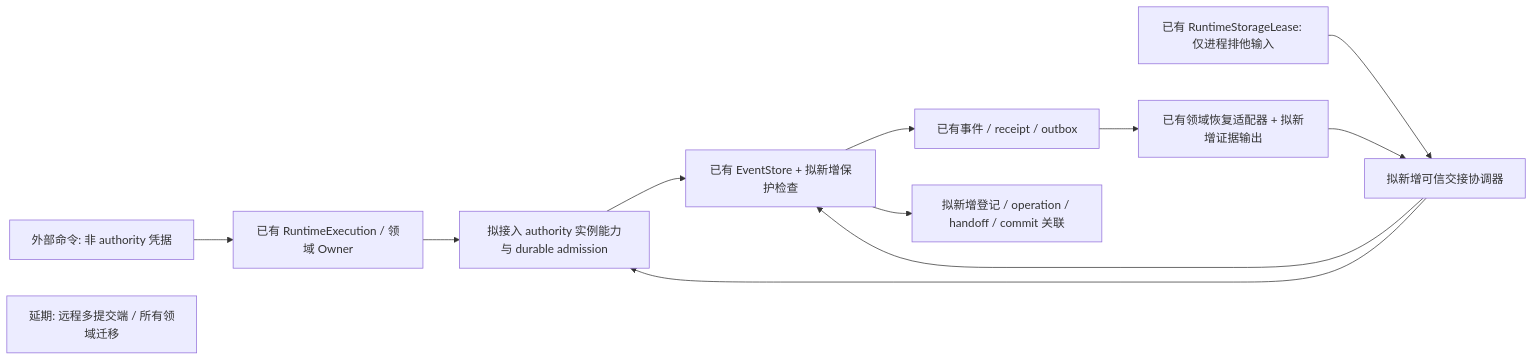
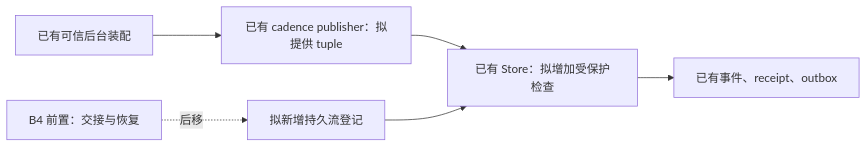
Before and after one commit to Dancing-coin/Paralls-phase0-1: the first of 3 diagrams in docs/verification/g2-visibility-budget/epoch-design.md, drawn with Mermaid. The commit also changed other lines of this file, not shown here.

Commit message:
docs: define staged authority epoch design

````diff
--- a/docs/verification/g2-visibility-budget/epoch-design.md
+++ b/docs/verification/g2-visibility-budget/epoch-design.md
@@ -193,14 +71,8 @@
 ```mermaid
 flowchart LR
-    X[外部命令: 非 authority 凭据] --> O[已有 RuntimeExecution / 领域 Owner]
-    L[已有 RuntimeStorageLease: 仅进程排他输入] --> C[拟新增可信交接协调器]
-    O --> A[拟接入 authority 实例能力与 durable admission]
-    C --> A
-    A --> S[已有 EventStore + 拟新增保护检查]
-    C --> S
-    S --> E[已有事件 / receipt / outbox]
-    S --> R[拟新增登记 / operation / handoff / commit 关联]
-    E --> D[已有领域恢复适配器 + 拟新增证据输出]
-    D --> C
-    Z[延期: 远程多提交端 / 所有领域迁移]
+    A[已有可信后台装配] --> P[已有 cadence publisher：拟提供 tuple]
+    P --> S[已有 Store：拟增加受保护检查]
+    R[拟新增持久流登记] --> S
+    S --> L[已有事件、receipt、outbox]
+    B[B4 前置：交接与恢复] -.后移.-> R
 ```
````
